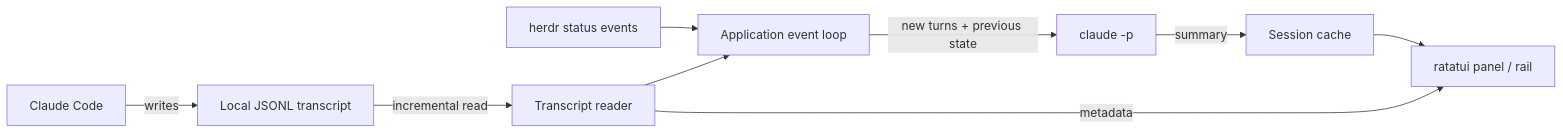
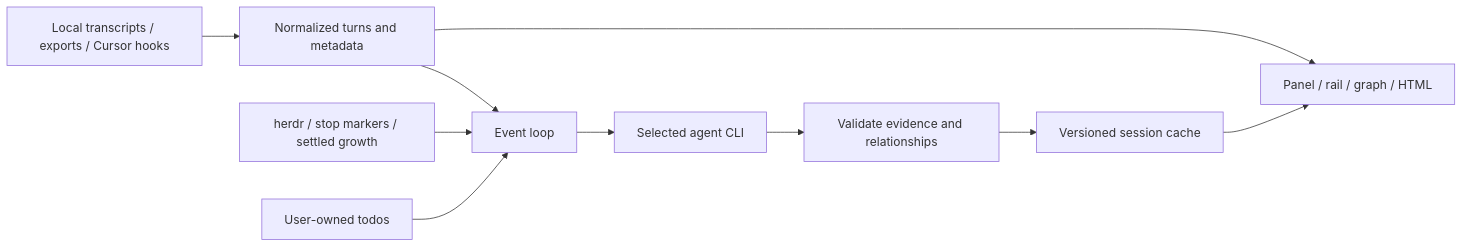
Before and after one commit to adityamaanas/glance: the diagram in docs/architecture.md, drawn with Mermaid. The commit also changed other lines of this file and 4 other files, not shown here.

````diff
--- a/docs/architecture.md
+++ b/docs/architecture.md
@@ -7,11 +8,12 @@
 ```mermaid
 flowchart LR
-    Claude[Claude Code] -->|writes| Transcript[Local JSONL transcript]
-    Transcript -->|incremental read| Reader[Transcript reader]
-    Herdr[herdr status events] --> Loop[Application event loop]
+    Agents[Local transcripts / exports / Cursor hooks] --> Reader[Normalized turns and metadata]
+    Activity[herdr / stop markers / settled growth] --> Loop[Event loop]
     Reader --> Loop
-    Loop -->|new turns + previous state| Helper[claude -p]
-    Helper -->|summary| Cache[Session cache]
-    Cache --> Panel[ratatui panel / rail]
-    Reader -->|metadata| Panel
+    Todos[User-owned todos] --> Loop
+    Loop --> Helper[Selected agent CLI]
+    Helper --> Validate[Validate evidence and relationships]
+    Validate --> Cache[Versioned session cache]
+    Cache --> Views[Panel / rail / graph / HTML]
+    Reader --> Views
 ```
````
